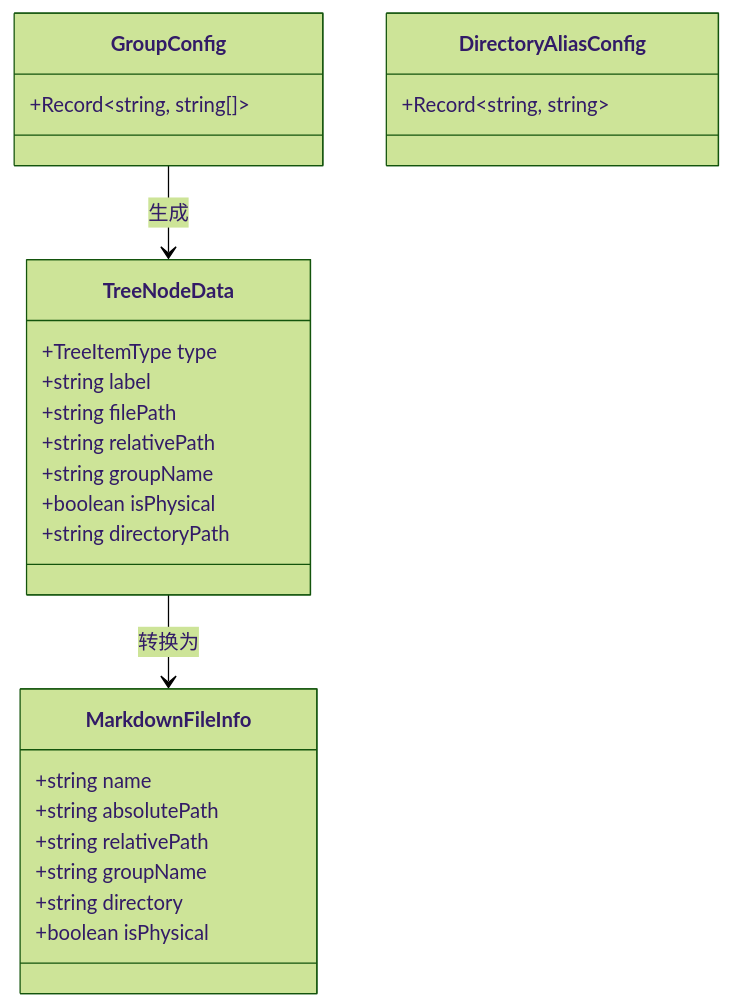
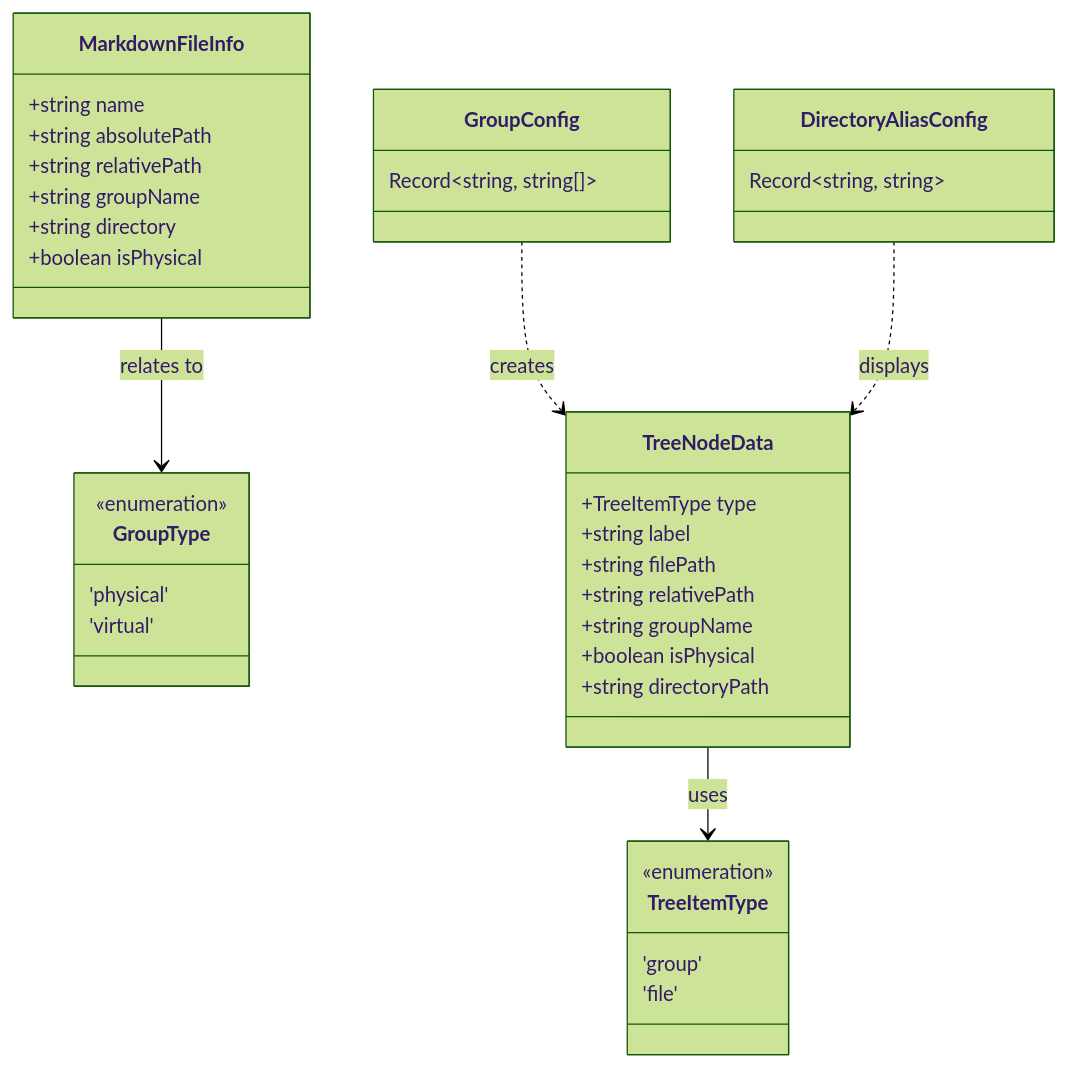
The diagram in repowiki/zh/content/核心功能模块/类型定义.md (7788ken/vscode-repowiki), drawn with Mermaid (forest theme) before and after one commit. The commit also changed other lines of this file and 15 other files, not shown here.

````diff
--- a/repowiki/zh/content/核心功能模块/类型定义.md
+++ b/repowiki/zh/content/核心功能模块/类型定义.md
@@ -151,32 +167,46 @@
 ```mermaid
 classDiagram
+    class TreeItemType {
+        <<enumeration>>
+        'group'
+        'file'
+    }
+
+    class GroupType {
+        <<enumeration>>
+        'physical'
+        'virtual'
+    }
+
+    class GroupConfig {
+        Record~string, string[]~
+    }
+
+    class DirectoryAliasConfig {
+        Record~string, string~
+    }
+
     class TreeNodeData {
         +TreeItemType type
         +string label
         +string filePath
         +string relativePath
         +string groupName
         +boolean isPhysical
         +string directoryPath
     }
 
     class MarkdownFileInfo {
         +string name
         +string absolutePath
         +string relativePath
         +string groupName
         +string directory
         +boolean isPhysical
     }
 
-    class GroupConfig {
-        +Record~string, string[]~
-    }
-
-    class DirectoryAliasConfig {
-        +Record~string, string~
-    }
-
-    TreeNodeData --> MarkdownFileInfo : 转换为
-    GroupConfig --> TreeNodeData : 生成
+    TreeNodeData --> TreeItemType : uses
+    MarkdownFileInfo --> GroupType : relates to
+    GroupConfig ..> TreeNodeData : creates
+    DirectoryAliasConfig ..> TreeNodeData : displays
 ```
````
